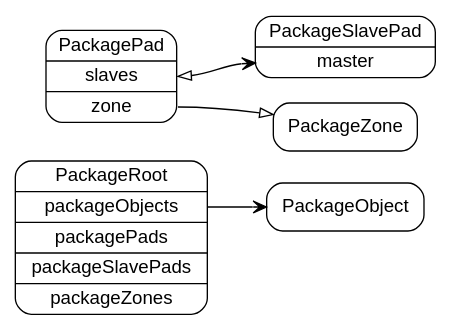
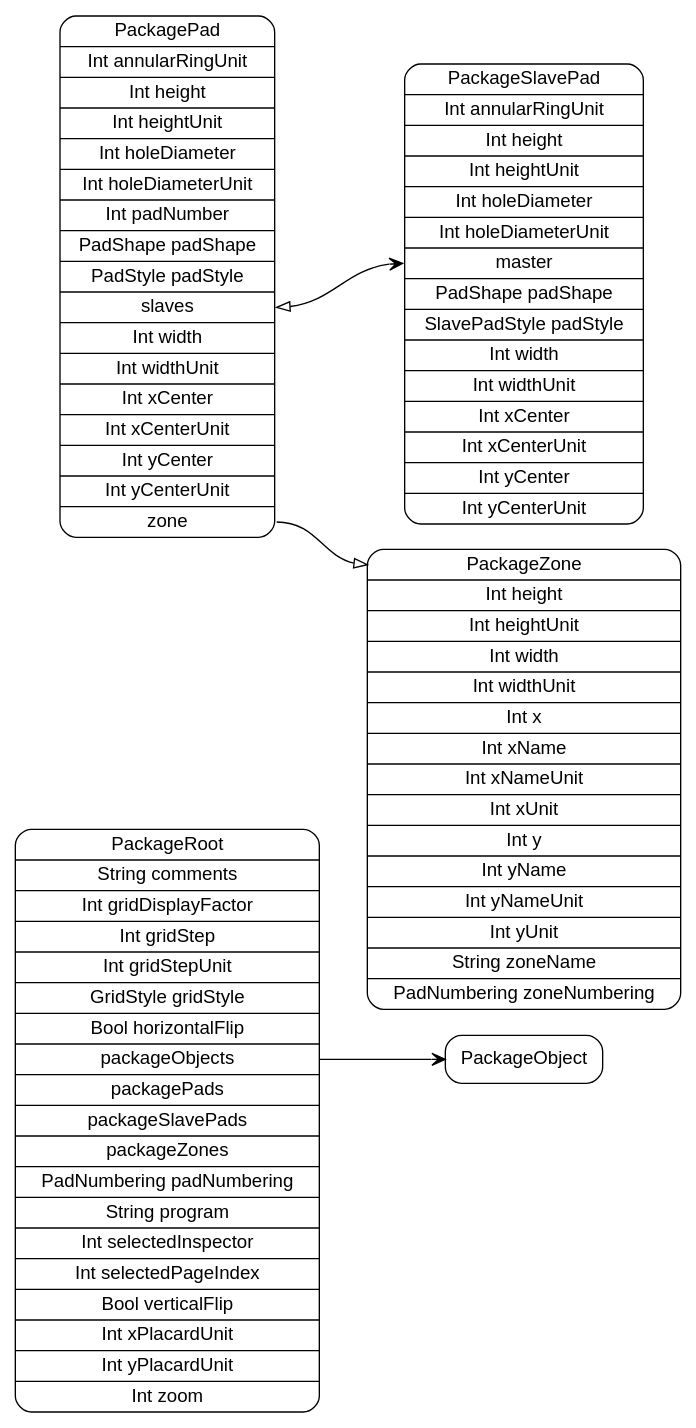
Before and after one commit to pierremolinaro/ElCanari-dev: the diagram in models/PackageRoot.dot, drawn with Graphviz. The commit also changed 12 other files, not shown here.

```diff
--- a/models/PackageRoot.dot
+++ b/models/PackageRoot.dot
@@ -1,12 +1,12 @@
 digraph G {
   rankdir=LR ;
   node [shape=record fontname=helvetica style=rounded] ;
-  PackageRoot[label="<PackageRoot>PackageRoot|<packageObjects>packageObjects|<packagePads>packagePads|<packageSlavePads>packageSlavePads|<packageZones>packageZones"] ;
-  PackageZone[label="<PackageZone>PackageZone"] ;
-  PackageSlavePad[label="<PackageSlavePad>PackageSlavePad|<master>master"] ;
-  PackagePad[label="<PackagePad>PackagePad|<slaves>slaves|<zone>zone"] ;
+  PackageRoot[label="<PackageRoot>PackageRoot|String comments|Int gridDisplayFactor|Int gridStep|Int gridStepUnit|GridStyle gridStyle|Bool horizontalFlip|<packageObjects>packageObjects|<packagePads>packagePads|<packageSlavePads>packageSlavePads|<packageZones>packageZones|PadNumbering padNumbering|String program|Int selectedInspector|Int selectedPageIndex|Bool verticalFlip|Int xPlacardUnit|Int yPlacardUnit|Int zoom"] ;
+  PackageZone[label="<PackageZone>PackageZone|Int height|Int heightUnit|Int width|Int widthUnit|Int x|Int xName|Int xNameUnit|Int xUnit|Int y|Int yName|Int yNameUnit|Int yUnit|String zoneName|PadNumbering zoneNumbering"] ;
+  PackageSlavePad[label="<PackageSlavePad>PackageSlavePad|Int annularRingUnit|Int height|Int heightUnit|Int holeDiameter|Int holeDiameterUnit|<master>master|PadShape padShape|SlavePadStyle padStyle|Int width|Int widthUnit|Int xCenter|Int xCenterUnit|Int yCenter|Int yCenterUnit"] ;
+  PackagePad[label="<PackagePad>PackagePad|Int annularRingUnit|Int height|Int heightUnit|Int holeDiameter|Int holeDiameterUnit|Int padNumber|PadShape padShape|PadStyle padStyle|<slaves>slaves|Int width|Int widthUnit|Int xCenter|Int xCenterUnit|Int yCenter|Int yCenterUnit|<zone>zone"] ;
   PackageObject[label="<PackageObject>PackageObject"] ;
   PackageRoot:packageObjects -> PackageObject:PackageObject [dir=both arrowtail=none arrowhead=vee] ;
   PackagePad:slaves -> PackageSlavePad:master [dir=both arrowtail=onormal arrowhead=vee] ;
   PackagePad:zone -> PackageZone:PackageZone [dir=both arrowtail=none arrowhead=onormal] ;
 }
```
